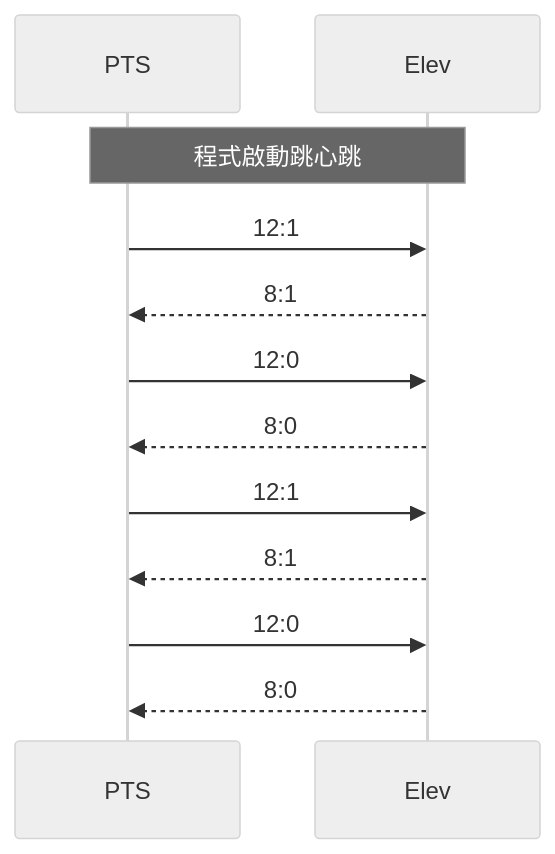
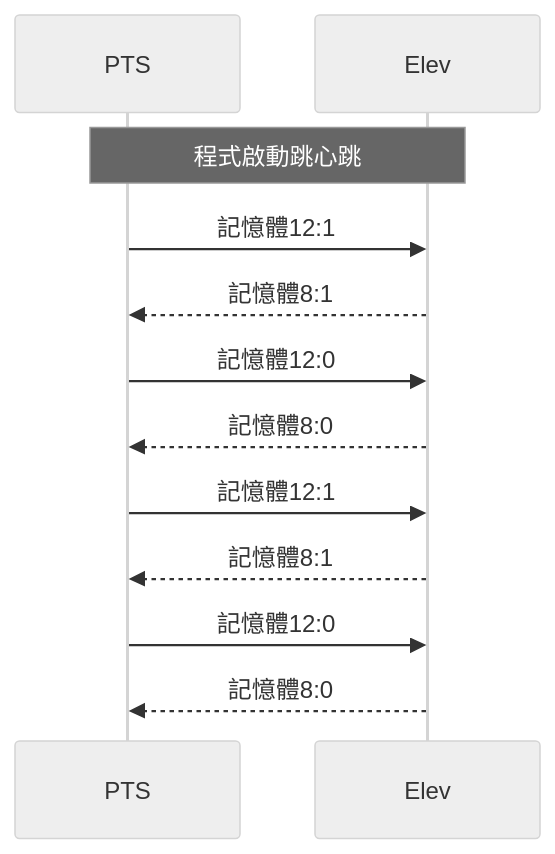
The first of 2 diagrams in README.md (athena-tircgo/amr-elev-Zhunan), drawn with Mermaid (neutral theme) before and after one commit. The commit also changed other lines of this file, not shown here.

````diff
--- a/README.md
+++ b/README.md
@@ -4,19 +4,19 @@
 ```mermaid
 sequenceDiagram
 
     participant PTS
     participant Elev
 
     note over PTS,Elev: 程式啟動跳心跳
-        PTS->>Elev: 12:1
-        Elev-->>PTS: 8:1
-        PTS->>Elev: 12:0
-        Elev-->>PTS: 8:0
-        PTS->>Elev: 12:1
-        Elev-->>PTS: 8:1
-        PTS->>Elev: 12:0
-        Elev-->>PTS: 8:0
+        PTS->>Elev: 記憶體12:1
+        Elev-->>PTS: 記憶體8:1
+        PTS->>Elev: 記憶體12:0
+        Elev-->>PTS: 記憶體8:0
+        PTS->>Elev: 記憶體12:1
+        Elev-->>PTS: 記憶體8:1
+        PTS->>Elev: 記憶體12:0
+        Elev-->>PTS: 記憶體8:0
 
    
 
 ```
````
